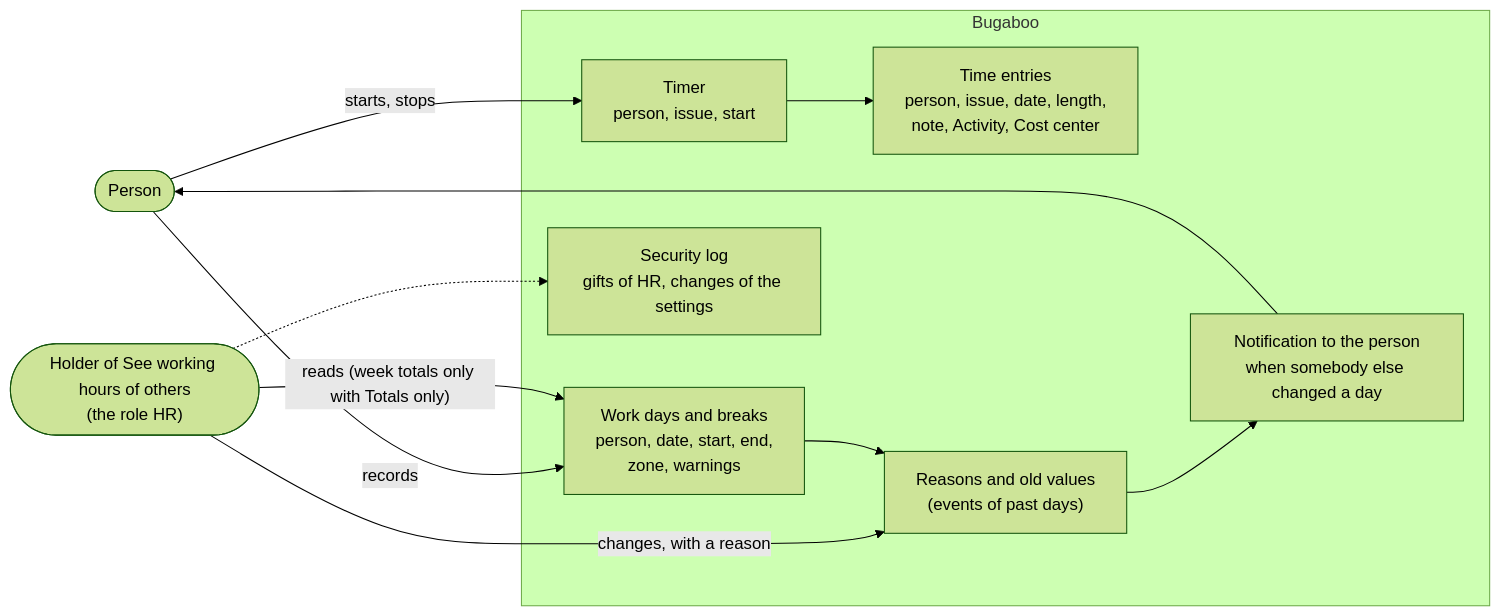
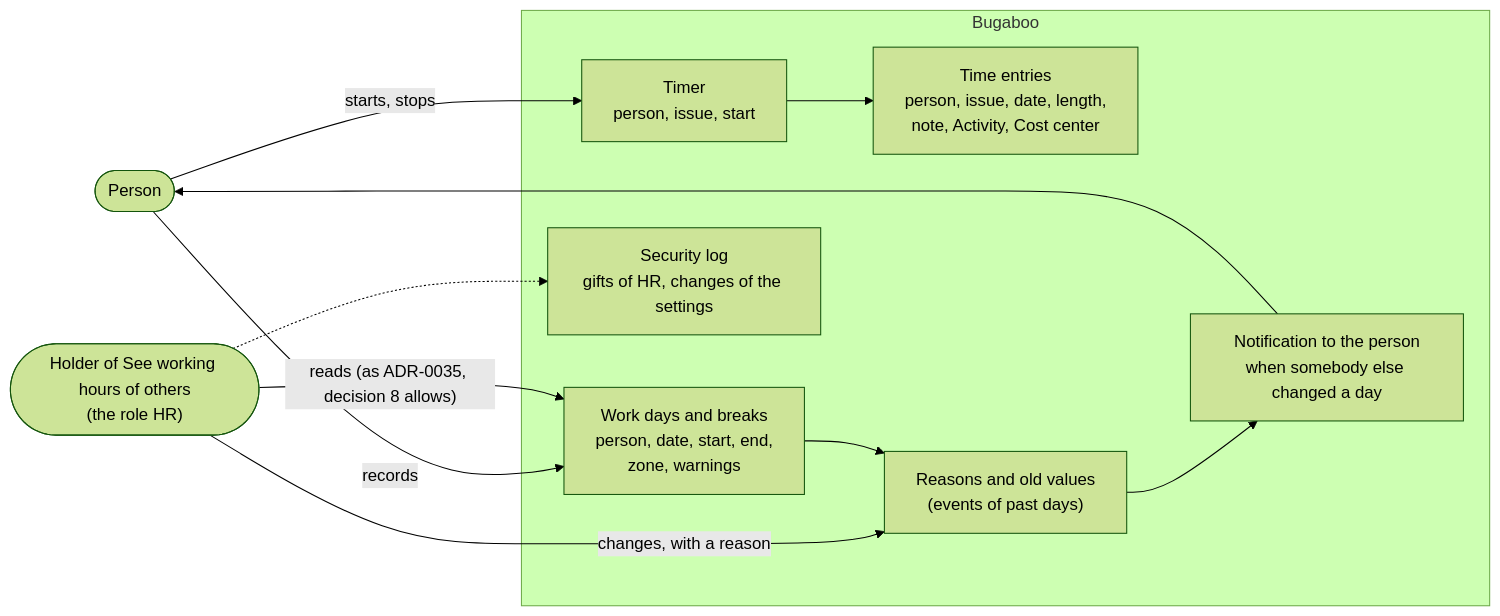
Before and after one commit to Nusi42/Bugaboo: the fifth of 5 diagrams in docs/architecture/12-security.md, drawn with Mermaid (forest theme). The commit also changed other lines of this file and 9 other files, not shown here.

First line of the commit message:
docs(adr): keep Totals only as decided and write work-day limits once

````diff
--- a/docs/architecture/12-security.md
+++ b/docs/architecture/12-security.md
@@ -409,19 +409,19 @@
 ```mermaid
 flowchart LR
   person(["Person"])
   hr(["Holder of See working hours of others<br/>(the role HR)"])
   subgraph bb["Bugaboo"]
     timer["Timer<br/>person, issue, start"]
     entries["Time entries<br/>person, issue, date, length,<br/>note, Activity, Cost center"]
     days["Work days and breaks<br/>person, date, start, end,<br/>zone, warnings"]
     reasons["Reasons and old values<br/>(events of past days)"]
     notes["Notification to the person<br/>when somebody else changed a day"]
     seclog["Security log<br/>gifts of HR, changes of the settings"]
   end
   person -- "starts, stops" --> timer --> entries
   person -- "records" --> days
-  hr -- "reads (week totals only with Totals only)" --> days
+  hr -- "reads (as ADR-0035, decision 8 allows)" --> days
   hr -- "changes, with a reason" --> reasons --> notes --> person
   days --> reasons
   hr -.-> seclog
 ```
````
